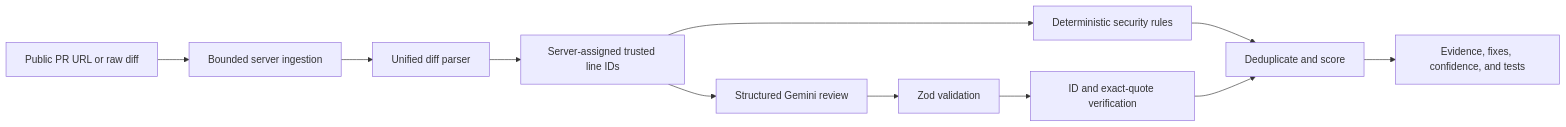
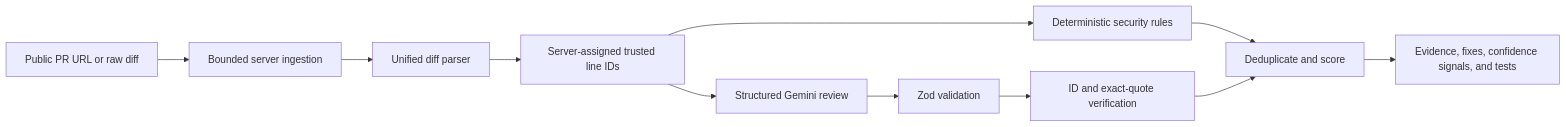
One commit to kevingerard2819/diffguard changed the diagram in README.md. Above: the diagram before and after it, drawn with Mermaid. The commit also changed other lines of this file and 18 other files, not shown here.

````diff
--- a/README.md
+++ b/README.md
@@ -9,13 +13,13 @@
 ```mermaid
 flowchart LR
   A[Public PR URL or raw diff] --> B[Bounded server ingestion]
   B --> C[Unified diff parser]
   C --> D[Server-assigned trusted line IDs]
   D --> E[Deterministic security rules]
   D --> F[Structured Gemini review]
   F --> G[Zod validation]
   G --> H[ID and exact-quote verification]
   E --> I[Deduplicate and score]
   H --> I
-  I --> J[Evidence, fixes, confidence, and tests]
+  I --> J[Evidence, fixes, confidence signals, and tests]
 ```
````
